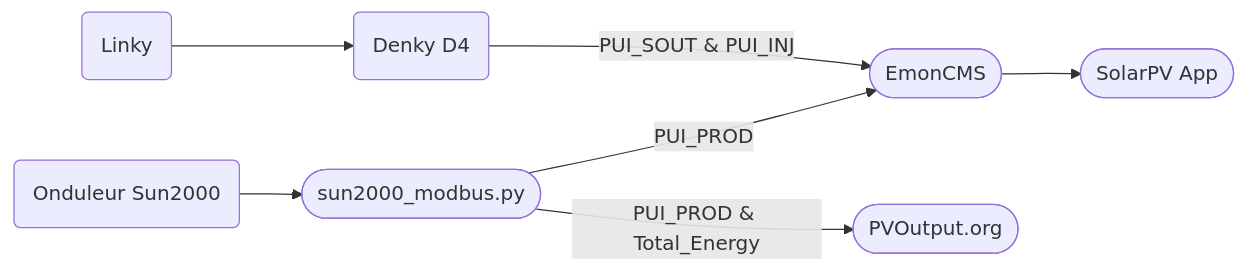
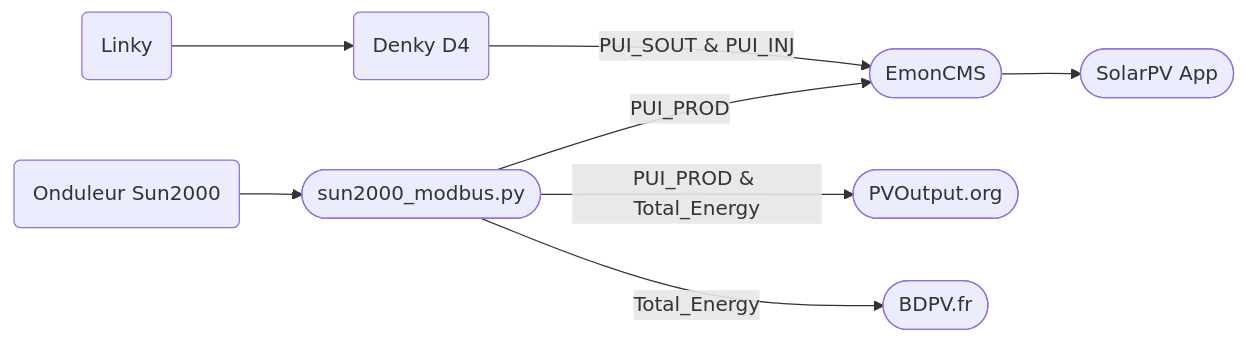
Before and after one commit to sosandroid/Monitoring_Energie: the diagram in readme.md, drawn with Mermaid.

Commit message:
Mise à jour schéma mermaid pour BDPV

````diff
--- a/readme.md
+++ b/readme.md
@@ -24,10 +24,11 @@
 ```mermaid
 flowchart LR;
     A(Linky)-->B;
     B(Denky D4)--PUI_SOUT & PUI_INJ-->C;
     C([EmonCMS])-->D;
     D([SolarPV App]);
     E(Onduleur Sun2000)-->F;
     F([sun2000_modbus.py])--PUI_PROD-->C
     F--PUI_PROD & Total_Energy-->G([PVOutput.org])
+    F--Total_Energy-->H([BDPV.fr])
 ```
````
